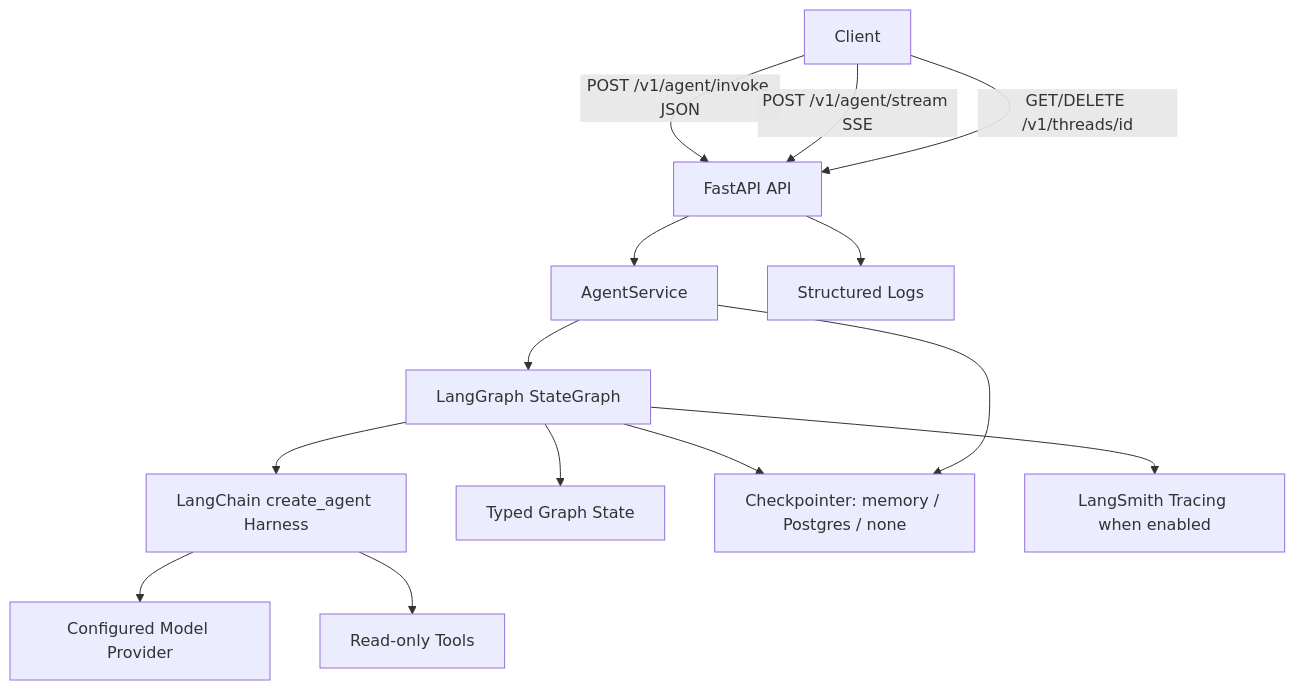
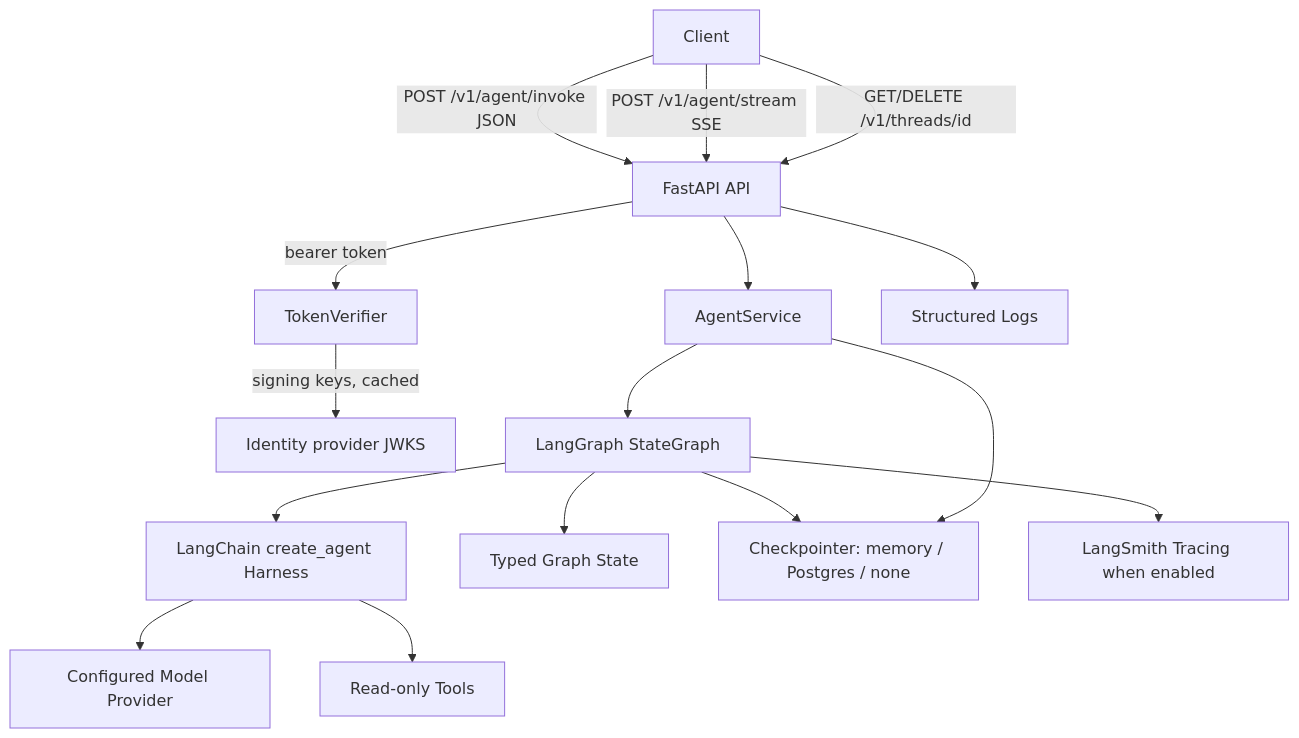
Before and after one commit to Md-Nisar/neuron: the first of 2 diagrams in ARCHITECTURE.md, drawn with Mermaid. The commit also changed other lines of this file and 12 other files, not shown here.

````diff
--- a/ARCHITECTURE.md
+++ b/ARCHITECTURE.md
@@ -18,16 +18,18 @@
 ```mermaid
 flowchart TD
     Client[Client] -->|POST /v1/agent/invoke JSON| API[FastAPI API]
     Client -->|POST /v1/agent/stream SSE| API
     Client -->|GET/DELETE /v1/threads/id| API
+    API -->|bearer token| Verifier[TokenVerifier]
+    Verifier -->|signing keys, cached| JWKS[Identity provider JWKS]
     API --> Service[AgentService]
     Service --> Graph[LangGraph StateGraph]
     Graph --> Agent[LangChain create_agent Harness]
     Agent --> Model[Configured Model Provider]
     Agent --> Tools[Read-only Tools]
     Graph --> State[Typed Graph State]
     Graph --> Checkpointer[Checkpointer: memory / Postgres / none]
     Service --> Checkpointer
     API --> Logs[Structured Logs]
     Graph --> LangSmith[LangSmith Tracing when enabled]
 ```
````
